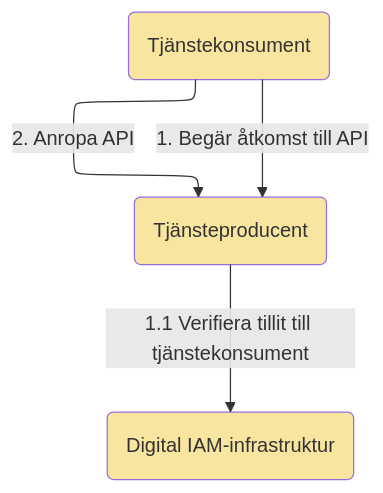
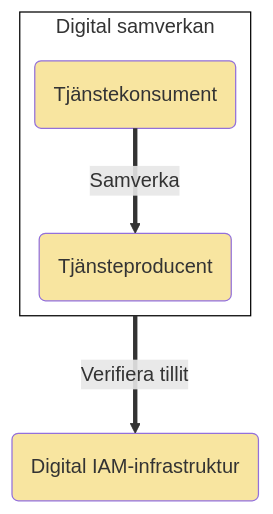
Before and after one commit to diggsweden/ena-authorization: the second of 10 diagrams in architecture/drafts/IAM_TargetArchitecture_Sweden.md, drawn with Mermaid. The commit also changed other lines of this file, not shown here.

````diff
--- a/architecture/drafts/IAM_TargetArchitecture_Sweden.md
+++ b/architecture/drafts/IAM_TargetArchitecture_Sweden.md
@@ -73,20 +75,23 @@
 ```mermaid
 %%{init: {"flowchart": {"defaultRenderer": "elk"}} }%%
 graph 
 classDef org fill:#F8E5A0
 classDef comp fill:#CCE1FF
 classDef box fill:#ffffff,stroke:#000000
 
-po(Tjänsteproducent)
-po:::org
+subgraph is[Digital samverkan]
+    po(Tjänsteproducent)
+    po:::org
+
+    co(Tjänstekonsument)
+    co:::org
+
+    co==Samverka==>po
+end
+is:::box
 
 ss(Digital IAM-infrastruktur)
 ss:::org
 
-co(Tjänstekonsument)
-co:::org
-
-co--<p>1. Begär åtkomst till API-->po
-po--<p>1.1 Verifiera tillit till tjänstekonsument-->ss
-co--<p>2. Anropa API-->po
+is==Verifiera tillit==>ss
 ```
````
